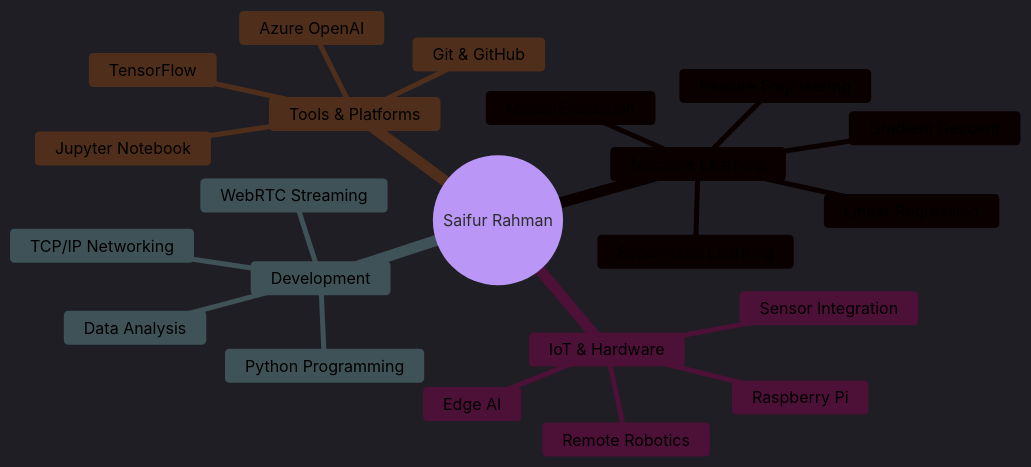
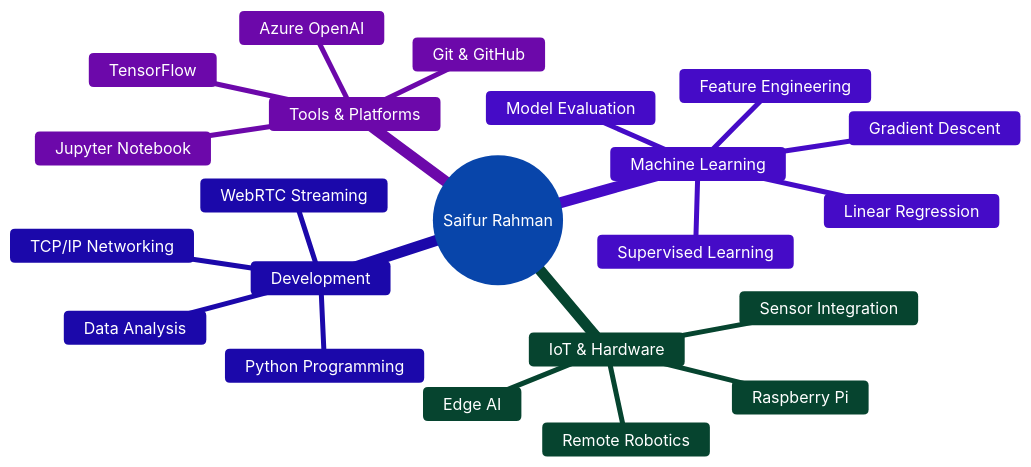
The diagram in README.md (saifur004/saifur004), drawn with Mermaid before and after one commit.

Commit message:
Update README.md with new theme settings

````diff
--- a/README.md
+++ b/README.md
@@ -29,26 +29,26 @@
 ```mermaid
-%%{init: {'theme':'dark', 'themeVariables': { 'darkMode':'true', 'primaryColor':'#1e40af', 'primaryTextColor':'#fff', 'primaryBorderColor':'#3b82f6', 'lineColor':'#60a5fa', 'secondaryColor':'#7c3aed', 'secondaryTextColor':'#fff', 'secondaryBorderColor':'#a78bfa', 'tertiaryColor':'#059669', 'tertiaryTextColor':'#fff', 'tertiaryBorderColor':'#10b981'}}}%%
+%%{init: {'theme':'base', 'themeVariables': { 'primaryColor':'#3b82f6', 'primaryTextColor':'#fff', 'primaryBorderColor':'#60a5fa', 'secondaryColor':'#8b5cf6', 'secondaryTextColor':'#fff', 'secondaryBorderColor':'#a78bfa', 'tertiaryColor':'#10b981', 'tertiaryTextColor':'#fff', 'tertiaryBorderColor':'#34d399', 'background':'#1a1a1a', 'mainBkg':'#3b82f6', 'secondBkg':'#8b5cf6', 'lineColor':'#60a5fa'}}}%%
 mindmap
   root((Saifur Rahman))
     Machine Learning
       Supervised Learning
       Linear Regression
       Gradient Descent
       Feature Engineering
       Model Evaluation
     IoT & Hardware
       Raspberry Pi
       Sensor Integration
       Edge AI
       Remote Robotics
     Development
       Python Programming
       Data Analysis
       TCP/IP Networking
       WebRTC Streaming
     Tools & Platforms
       Git & GitHub
       Jupyter Notebook
       TensorFlow
       Azure OpenAI
 ```
````
